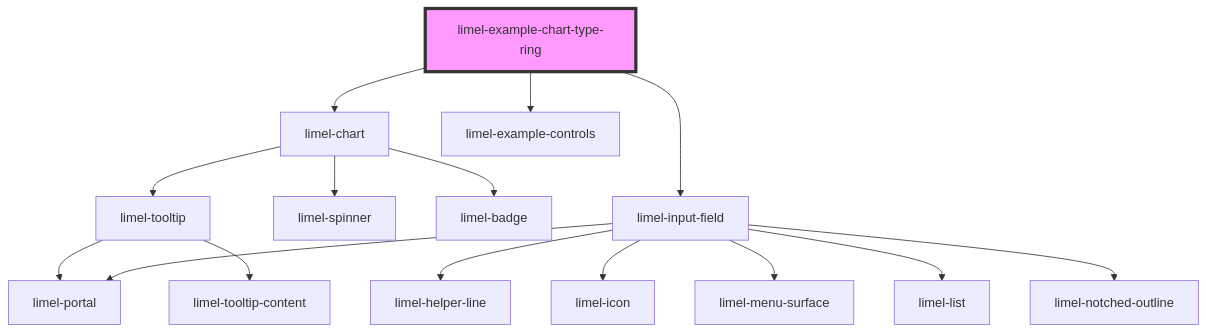
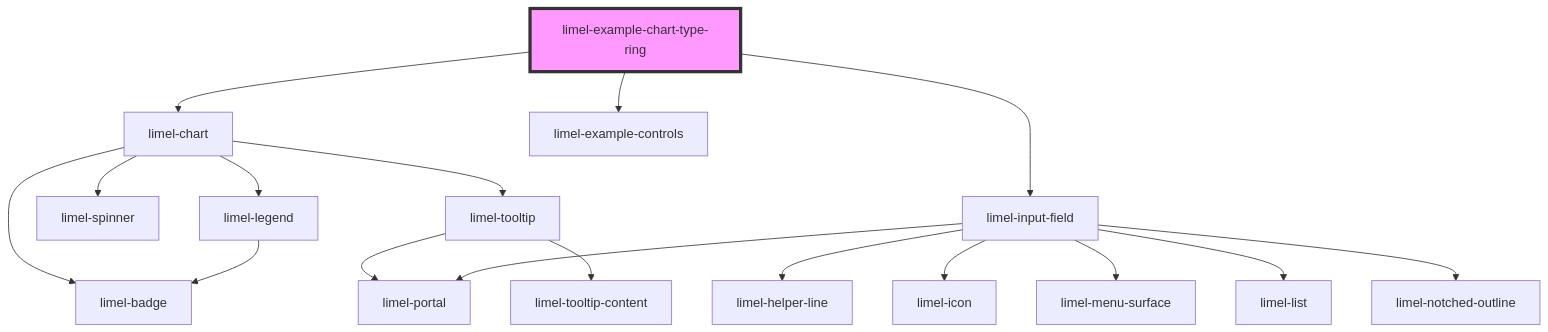
Before and after one commit to Lundalogik/lime-elements: the diagram in versions/PR-3724/markdown-docs/components/chart/examples/readme.md, drawn with Mermaid. The commit also changed 10 other files, not shown here.

````diff
--- a/versions/PR-3724/markdown-docs/components/chart/examples/readme.md
+++ b/versions/PR-3724/markdown-docs/components/chart/examples/readme.md
@@ -37,18 +37,20 @@
 ```mermaid
 graph TD;
   limel-example-chart-type-ring --> limel-chart
   limel-example-chart-type-ring --> limel-example-controls
   limel-example-chart-type-ring --> limel-input-field
   limel-chart --> limel-spinner
   limel-chart --> limel-badge
+  limel-chart --> limel-legend
   limel-chart --> limel-tooltip
+  limel-legend --> limel-badge
   limel-tooltip --> limel-portal
   limel-tooltip --> limel-tooltip-content
   limel-input-field --> limel-helper-line
   limel-input-field --> limel-icon
   limel-input-field --> limel-portal
   limel-input-field --> limel-menu-surface
   limel-input-field --> limel-list
   limel-input-field --> limel-notched-outline
   style limel-example-chart-type-ring fill:#f9f,stroke:#333,stroke-width:4px
 ```
````
